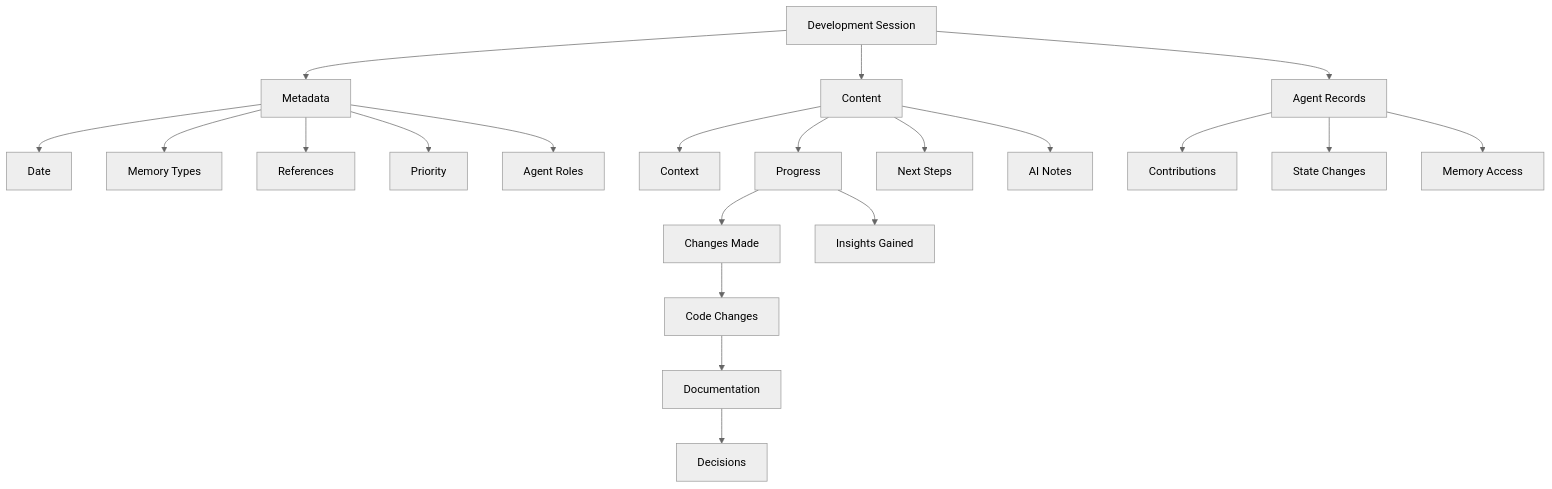
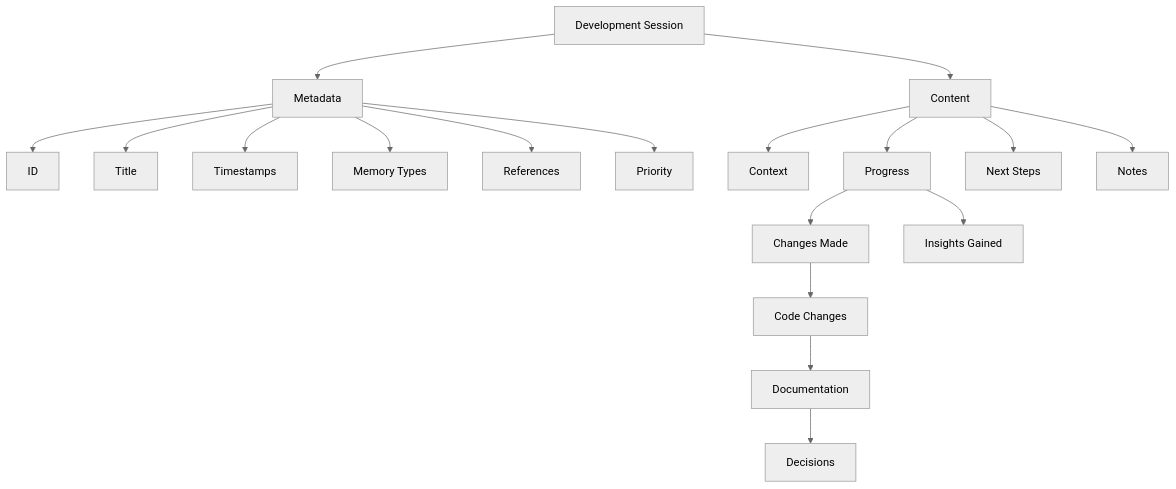
One commit to FixingPixels/Aegis changed the diagram in docs/sessions.md. Above: the diagram before and after it, drawn with Mermaid (neutral theme). The commit also changed other lines of this file and 19 other files, not shown here.

````diff
--- a/docs/sessions.md
+++ b/docs/sessions.md
@@ -7,28 +7,24 @@
 ```mermaid
 graph TD
     A[Development Session] --> B[Metadata]
     A --> C[Content]
-    A --> D[Agent Records]
     
-    B --> B1[Date]
-    B --> B2[Memory Types]
-    B --> B3[References]
-    B --> B4[Priority]
-    B --> B5[Agent Roles]
+    B --> B1[ID]
+    B --> B2[Title]
+    B --> B3[Timestamps]
+    B --> B4[Memory Types]
+    B --> B5[References]
+    B --> B6[Priority]
     
     C --> C1[Context]
     C --> C2[Progress]
     C --> C3[Next Steps]
-    C --> C4[AI Notes]
-    
-    D --> D1[Contributions]
-    D --> D2[State Changes]
-    D --> D3[Memory Access]
+    C --> C4[Notes]
     
     C2 --> E1[Changes Made]
     C2 --> E2[Insights Gained]
     
     E1 --> F1[Code Changes]
     F1 --> F2[Documentation]
     F2 --> F3[Decisions]
 ```
````
